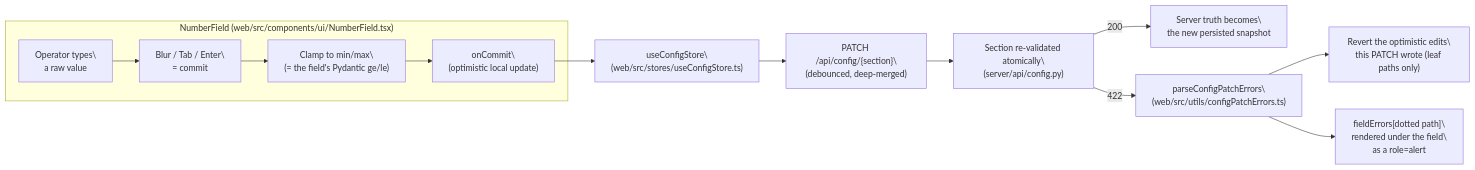
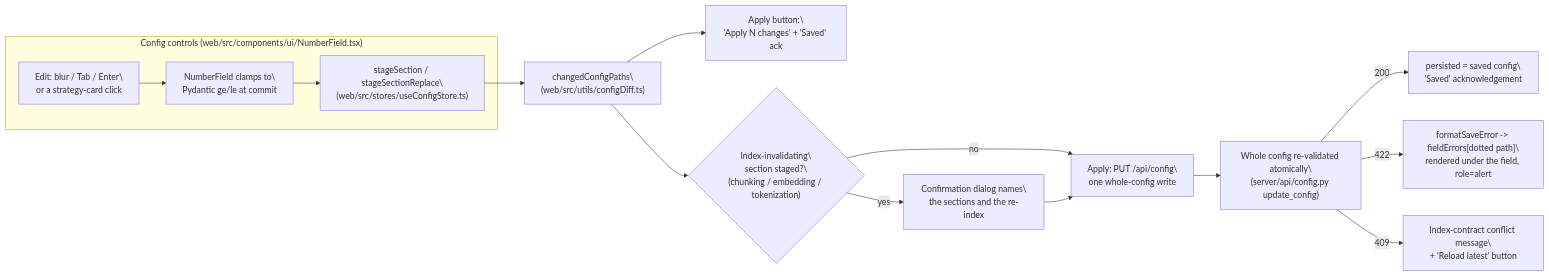
Before and after one commit to DMontgomery40/ragweld: the second of 2 diagrams in mkdocs/docs/configuration.md, drawn with Mermaid. The commit also changed other lines of this file and 5 other files, not shown here.

````diff
--- a/mkdocs/docs/configuration.md
+++ b/mkdocs/docs/configuration.md
@@ -218,15 +218,17 @@
 ```mermaid
 flowchart LR
-    subgraph s_field["NumberField (web/src/components/ui/NumberField.tsx)"]
-        TYPED["Operator types\\na raw value"] --> BLUR["Blur / Tab / Enter\\n= commit"]
-        BLUR --> CLAMP["Clamp to min/max\\n(= the field's Pydantic ge/le)"]
-        CLAMP --> COMMIT["onCommit\\n(optimistic local update)"]
+    subgraph s_field["Config controls (web/src/components/ui/NumberField.tsx)"]
+        EDIT["Edit: blur / Tab / Enter\\nor a strategy-card click"] --> CLAMP["NumberField clamps to\\nPydantic ge/le at commit"]
+        CLAMP --> STAGE["stageSection / stageSectionReplace\\n(web/src/stores/useConfigStore.ts)"]
     end
-    COMMIT --> STORE["useConfigStore\\n(web/src/stores/useConfigStore.ts)"]
-    STORE --> PATCH["PATCH /api/config/{section}\\n(debounced, deep-merged)"]
-    PATCH --> SERVER["Section re-validated atomically\\n(server/api/config.py)"]
-    SERVER -->|"200"| SYNC["Server truth becomes\\nthe new persisted snapshot"]
-    SERVER -->|"422"| PARSE["parseConfigPatchErrors\\n(web/src/utils/configPatchErrors.ts)"]
-    PARSE --> REVERT["Revert the optimistic edits\\nthis PATCH wrote (leaf paths only)"]
-    PARSE --> ERR["fieldErrors[dotted path]\\nrendered under the field\\nas a role=alert"]
+    STAGE --> DIFF["changedConfigPaths\\n(web/src/utils/configDiff.ts)"]
+    DIFF --> FOOTER["Apply button:\\n'Apply N changes' + 'Saved' ack"]
+    DIFF --> WARN{"Index-invalidating\\nsection staged?\\n(chunking / embedding / tokenization)"}
+    WARN -->|"yes"| CONFIRM["Confirmation dialog names\\nthe sections and the re-index"]
+    WARN -->|"no"| APPLY["Apply: PUT /api/config\\none whole-config write"]
+    CONFIRM --> APPLY
+    APPLY --> SERVER["Whole config re-validated atomically\\n(server/api/config.py update_config)"]
+    SERVER -->|"200"| PERSISTED["persisted = saved config\\n'Saved' acknowledgement"]
+    SERVER -->|"422"| FIELDS["formatSaveError -> fieldErrors[dotted path]\\nrendered under the field, role=alert"]
+    SERVER -->|"409"| CONFLICT["Index-contract conflict message\\n+ 'Reload latest' button"]
 ```
````
